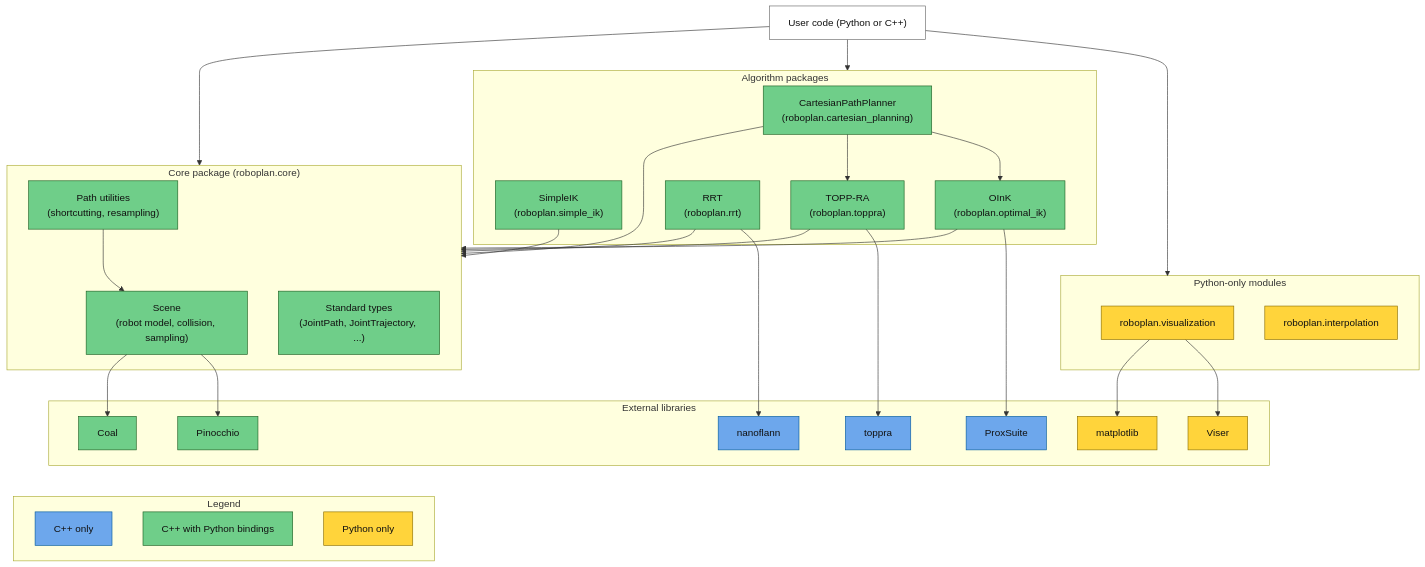
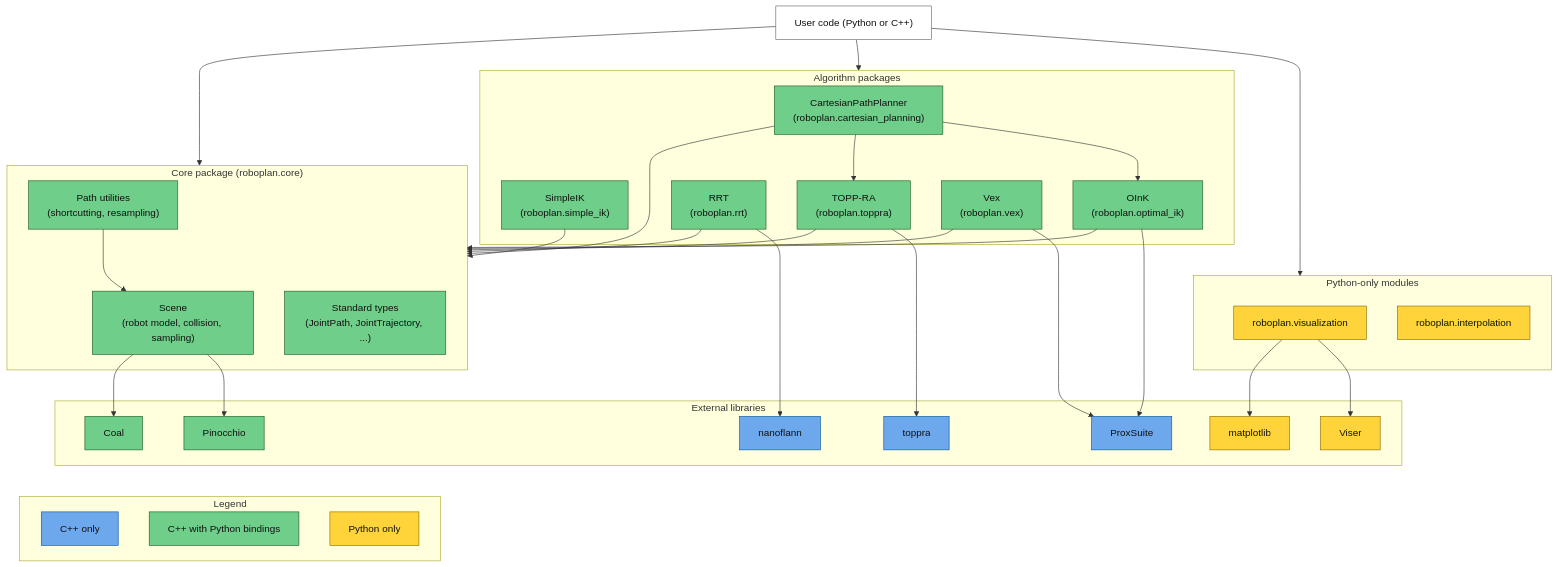
Before and after one commit to open-planning/roboplan: the diagram in docs/source/design/architecture.rst, drawn with Mermaid. The commit also changed other lines of this file and 11 other files, not shown here.

First line of the commit message:
Add vex Python bindings, the example_rrt --vex flag, and docs

```diff
--- a/docs/source/design/architecture.rst
+++ b/docs/source/design/architecture.rst
@@ -10,72 +10,75 @@
 .. mermaid::
 
    flowchart TD
        USER["User code (Python or C++)"]
 
        subgraph PYONLY["Python-only modules"]
            VIZ["roboplan.visualization"]
            INTERP["roboplan.interpolation"]
        end
 
        subgraph ALGOS["Algorithm packages"]
            CART["CartesianPathPlanner<br/>(roboplan.cartesian_planning)"]
            SINK["SimpleIK<br/>(roboplan.simple_ik)"]
            OINK["OInK<br/>(roboplan.optimal_ik)"]
            RRT["RRT<br/>(roboplan.rrt)"]
            TOPPRA["TOPP-RA<br/>(roboplan.toppra)"]
+           VEX["Vex<br/>(roboplan.vex)"]
        end
 
        subgraph CORE["Core package (roboplan.core)"]
            SCENE["Scene<br/>(robot model, collision, sampling)"]
            TYPES["Standard types<br/>(JointPath, JointTrajectory, ...)"]
            SHORT["Path utilities<br/>(shortcutting, resampling)"]
        end
 
        subgraph EXT["External libraries"]
            PIN["Pinocchio"]
            COAL["Coal"]
            PROXSUITE["ProxSuite"]
            TOPPRALIB["toppra"]
            NANOFLANN["nanoflann"]
            VISER["Viser"]
            MPL["matplotlib"]
        end
 
        USER --> PYONLY
        USER --> ALGOS
        USER --> CORE
 
        CART --> OINK
        CART --> TOPPRA
        SINK --> CORE
        OINK --> CORE
        RRT --> CORE
        TOPPRA --> CORE
        CART --> CORE
+       VEX --> CORE
        SHORT --> SCENE
 
        OINK --> PROXSUITE
+       VEX --> PROXSUITE
        RRT --> NANOFLANN
        TOPPRA --> TOPPRALIB
        SCENE --> PIN
        SCENE --> COAL
        VIZ --> VISER
        VIZ --> MPL
 
        subgraph LEGEND["Legend"]
            LCPP["C++ only"]
            LBOTH["C++ with Python bindings"]
            LPY["Python only"]
        end
 
        EXT ~~~ LPY & LBOTH & LCPP
 
        classDef cpp fill:#6da7ec,stroke:#00599c,color:#111111
        classDef python fill:#ffd43b,stroke:#8a6d00,color:#111111
        classDef both fill:#6fce89,stroke:#1b5e20,color:#111111
        classDef neutral fill:#ffffff,stroke:#666666,color:#111111
 
        class LCPP,PROXSUITE,TOPPRALIB,NANOFLANN cpp
        class LPY,VIZ,INTERP,VISER,MPL python
-       class LBOTH,CART,SINK,OINK,RRT,TOPPRA,SCENE,TYPES,SHORT,PIN,COAL both
+       class LBOTH,CART,SINK,OINK,RRT,TOPPRA,VEX,SCENE,TYPES,SHORT,PIN,COAL both
        class USER neutral
```
